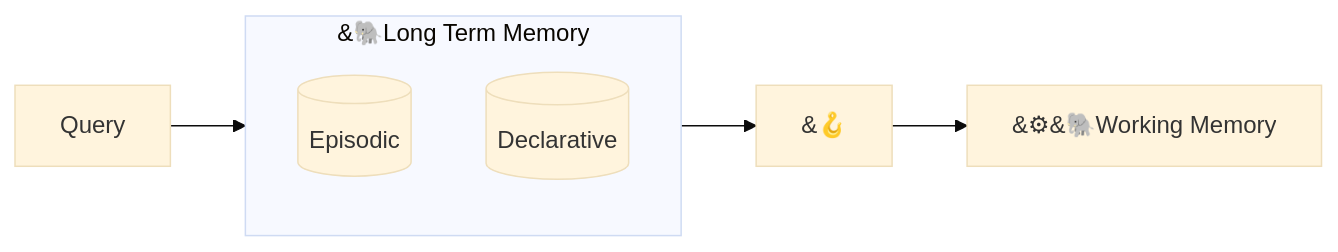
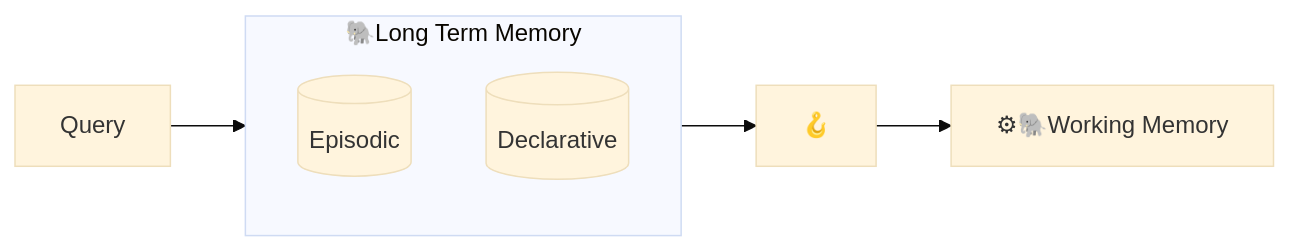
One commit to cheshire-cat-ai/docs changed the diagram in mkdocs/conceptual/memory/long_term_memory.md. Above: the diagram before and after it, drawn with Mermaid (base theme). The commit also changed 6 other files, not shown here.

Commit message:
fixed & in mermaid's emoji

````diff
--- a/mkdocs/conceptual/memory/long_term_memory.md
+++ b/mkdocs/conceptual/memory/long_term_memory.md
@@ -19,11 +19,11 @@
 ```mermaid
 flowchart LR
-    subgraph LTM ["&#128024;Long Term Memory"]
+    subgraph LTM ["#128024;Long Term Memory"]
             direction TB
             C[(Episodic)];
             D[(Declarative)];
     end
     A[Query] --> LTM; 
-    LTM --> E["&#129693;"];
-    E["&#129693;"] --> wm["&#9881;&#128024;Working Memory"];
+    LTM --> E["#129693;"];
+    E["#129693;"] --> wm["#9881;#128024;Working Memory"];
 ```
````
